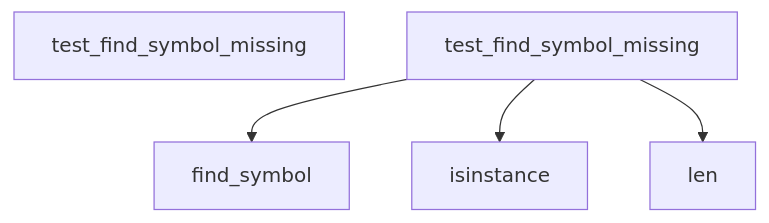
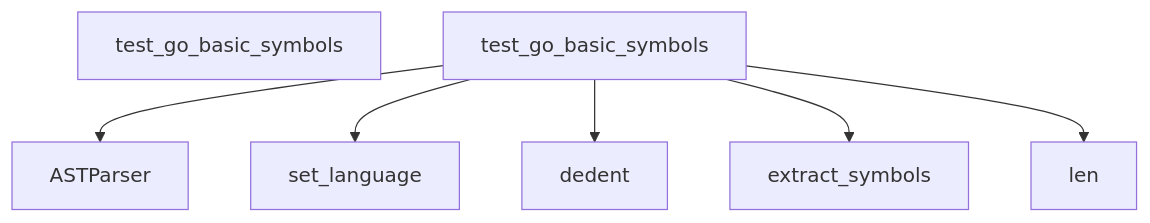
Diagram 25 of 28 in docs/DATA_FLOW.md (hazalkoom/DECODEx01), drawn with Mermaid before and after one commit. The commit also changed other lines of this file and 6 other files, not shown here.

Commit message:
feat: NLG heuristic improvements - stricter schema matching, python decorator parsing, utility path pruning

````diff
--- a/docs/DATA_FLOW.md
+++ b/docs/DATA_FLOW.md
@@ -775,17 +933,25 @@
 ```mermaid
 graph TD
-    Start[test_find_symbol_missing]
+    Start[test_go_basic_symbols]
 
 
-    test_find_symbol_missing --> find_symbol
+    test_go_basic_symbols --> ASTParser
 
 
 
-    test_find_symbol_missing --> isinstance
+    test_go_basic_symbols --> set_language
 
 
 
-    test_find_symbol_missing --> len
+    test_go_basic_symbols --> dedent
+
+
+
+    test_go_basic_symbols --> extract_symbols
+
+
+
+    test_go_basic_symbols --> len
 
 
 ```
````
